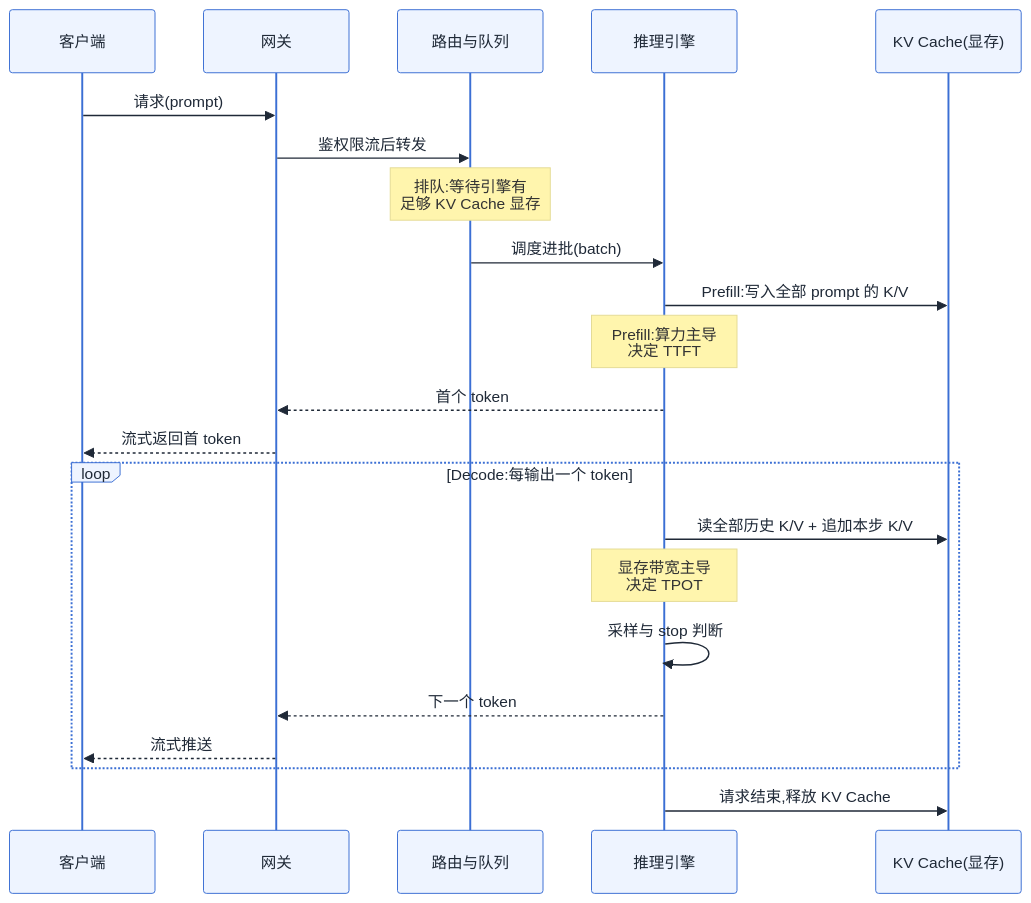
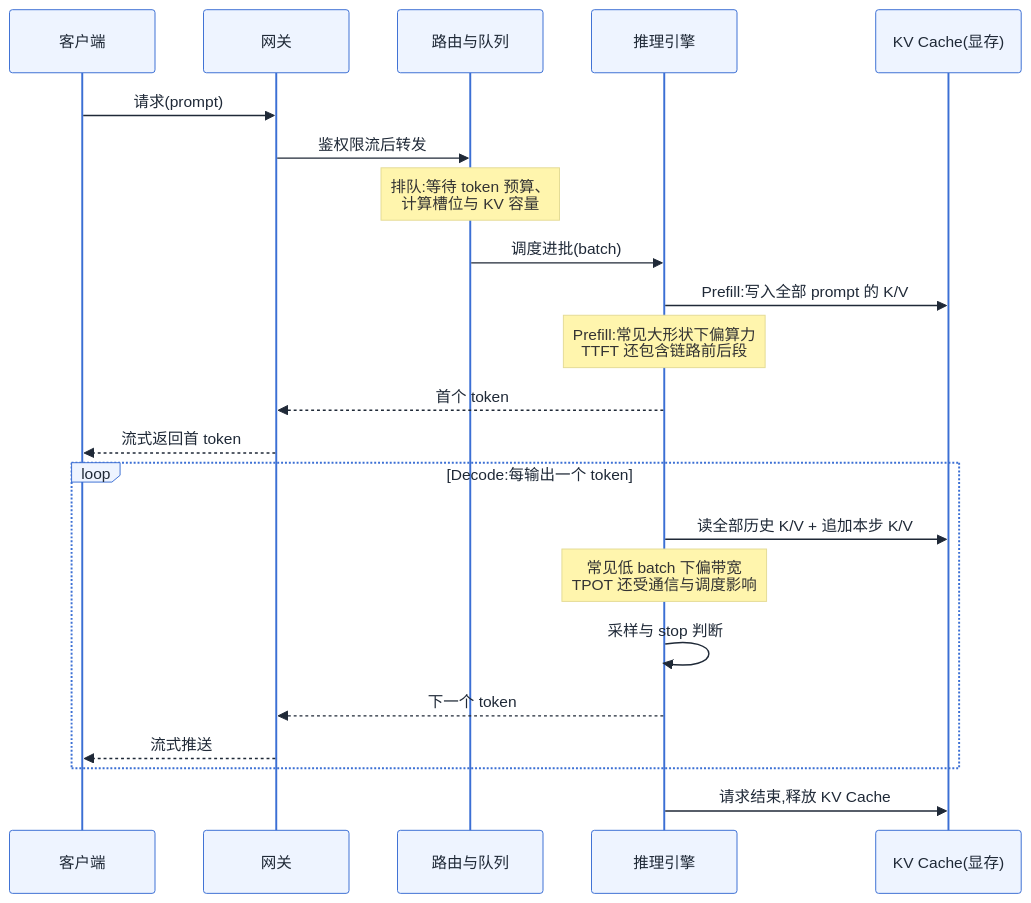
Before and after one commit to cdavid817/AI-Infra: the second of 3 diagrams in 第一部分-基础与心智模型/第02章-两条主线解剖与框架地图.md, drawn with Mermaid. The commit also changed other lines of this file and 55 other files, not shown here.

````diff
--- a/第一部分-基础与心智模型/第02章-两条主线解剖与框架地图.md
+++ b/第一部分-基础与心智模型/第02章-两条主线解剖与框架地图.md
@@ -111,29 +130,29 @@
 ```mermaid
 %%{init: {'theme':'base','themeVariables':{
   'primaryColor':'#EEF4FF','primaryBorderColor':'#3B6FD4','primaryTextColor':'#1F2937',
   'secondaryColor':'#F3F4F6','tertiaryColor':'#FFFFFF',
   'lineColor':'#6B7280','fontFamily':'-apple-system, Segoe UI, Helvetica, Arial, sans-serif','fontSize':'14px'
 }}}%%
 sequenceDiagram
   participant C as 客户端
   participant G as 网关
   participant S as 路由与队列
   participant E as 推理引擎
   participant K as KV Cache(显存)
   C->>G: 请求(prompt)
   G->>S: 鉴权限流后转发
-  Note over S: 排队:等待引擎有<br/>足够 KV Cache 显存
+  Note over S: 排队:等待 token 预算、<br/>计算槽位与 KV 容量
   S->>E: 调度进批(batch)
   E->>K: Prefill:写入全部 prompt 的 K/V
-  Note over E: Prefill:算力主导<br/>决定 TTFT
+  Note over E: Prefill:常见大形状下偏算力<br/>TTFT 还包含链路前后段
   E-->>G: 首个 token
   G-->>C: 流式返回首 token
   loop Decode:每输出一个 token
     E->>K: 读全部历史 K/V + 追加本步 K/V
-    Note over E: 显存带宽主导<br/>决定 TPOT
+    Note over E: 常见低 batch 下偏带宽<br/>TPOT 还受通信与调度影响
     E->>E: 采样与 stop 判断
     E-->>G: 下一个 token
     G-->>C: 流式推送
   end
   E->>K: 请求结束,释放 KV Cache
 ```
````
